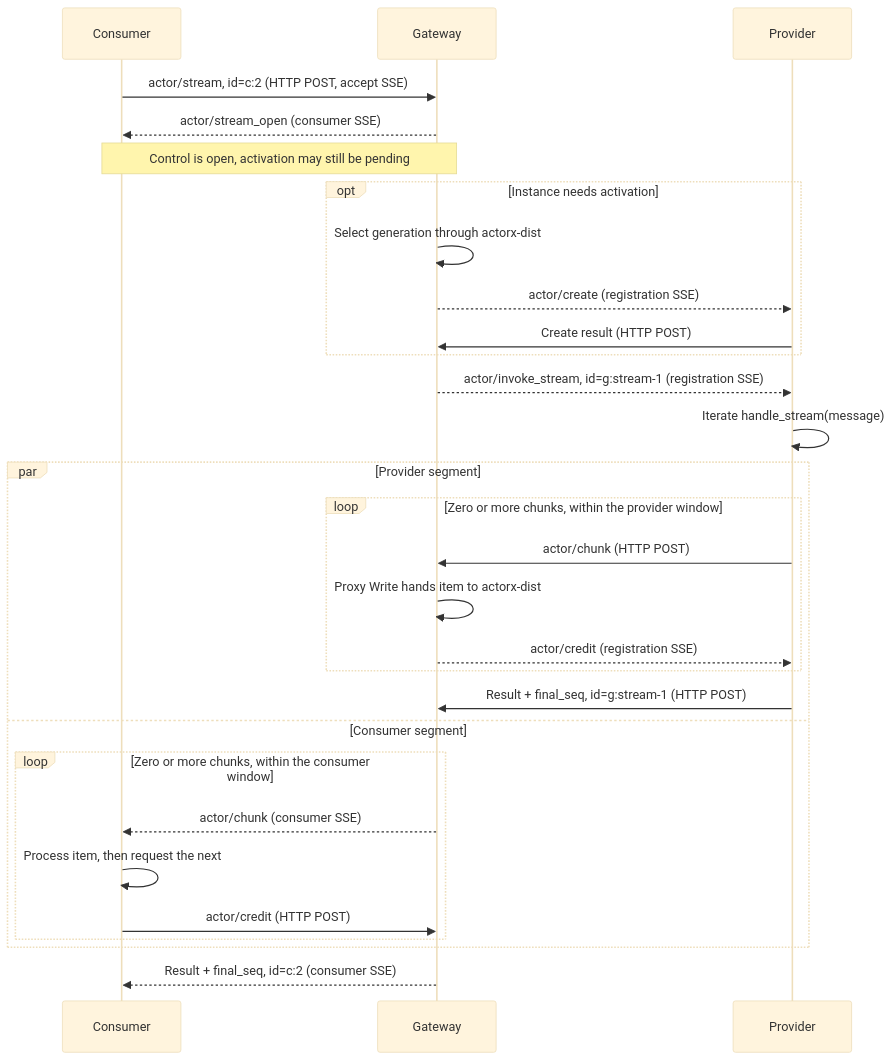
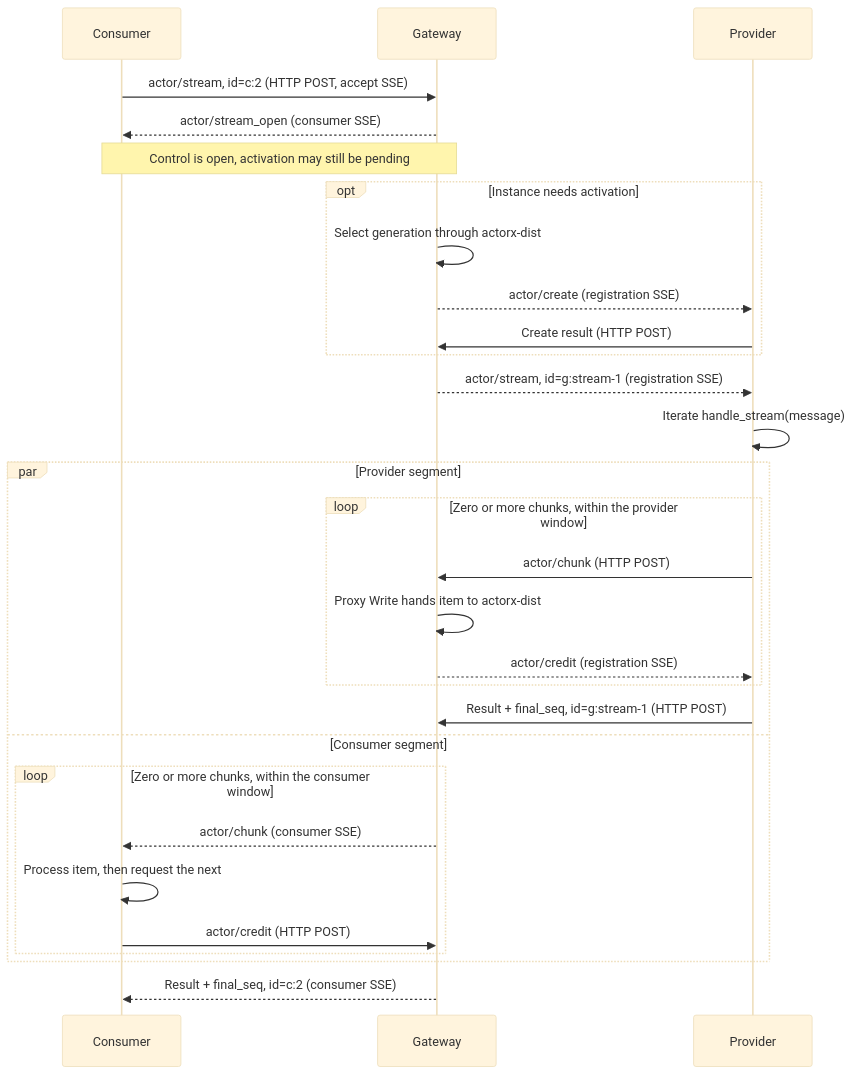
One commit to go-aie/actorx-dist changed the third of 4 diagrams in remote/docs/protocol.md. Above: the diagram before and after it, drawn with Mermaid (base theme). The commit also changed other lines of this file and 30 other files, not shown here.

````diff
--- a/remote/docs/protocol.md
+++ b/remote/docs/protocol.md
@@ -339,31 +341,31 @@
 ```mermaid
 sequenceDiagram
     participant C as Consumer
     participant G as Gateway
     participant P as Provider
     C->>G: actor/stream, id=c:2 (HTTP POST, accept SSE)
     G-->>C: actor/stream_open (consumer SSE)
     Note over C,G: Control is open, activation may still be pending
     opt Instance needs activation
         G->>G: Select generation through actorx-dist
         G-->>P: actor/create (registration SSE)
         P->>G: Create result (HTTP POST)
     end
-    G-->>P: actor/invoke_stream, id=g:stream-1 (registration SSE)
+    G-->>P: actor/stream, id=g:stream-1 (registration SSE)
     P->>P: Iterate handle_stream(message)
     par Provider segment
         loop Zero or more chunks, within the provider window
             P->>G: actor/chunk (HTTP POST)
             G->>G: Proxy Write hands item to actorx-dist
             G-->>P: actor/credit (registration SSE)
         end
         P->>G: Result + final_seq, id=g:stream-1 (HTTP POST)
     and Consumer segment
         loop Zero or more chunks, within the consumer window
             G-->>C: actor/chunk (consumer SSE)
             C->>C: Process item, then request the next
             C->>G: actor/credit (HTTP POST)
         end
     end
     G-->>C: Result + final_seq, id=c:2 (consumer SSE)
 ```
````
